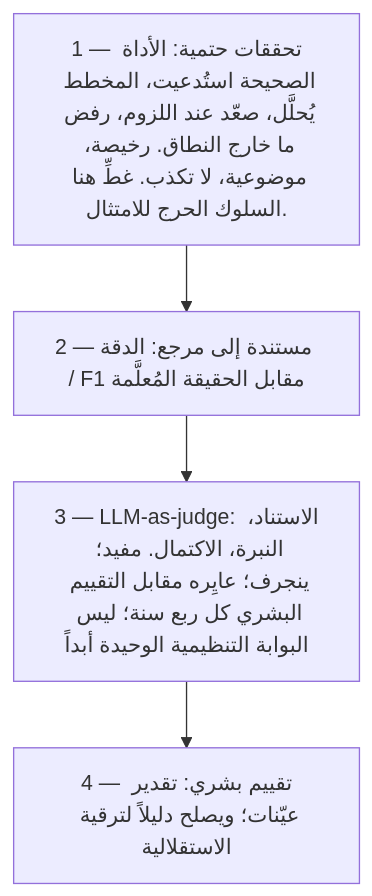
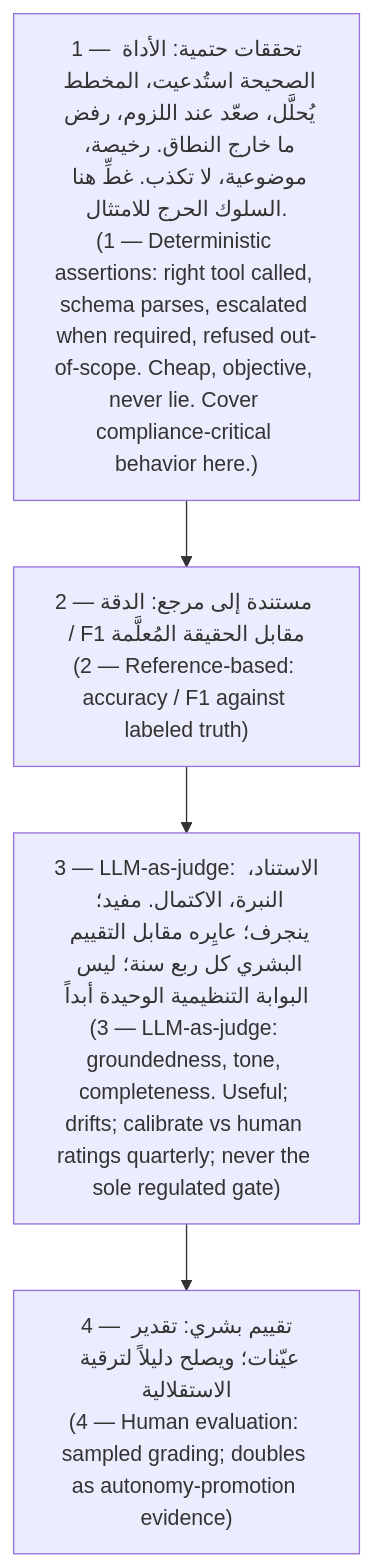
Before and after one commit to Tamoura/AI-agents: the seventh of 10 diagrams in qdb-agent-framework/docs/LEARNING-PATH.ar.md, drawn with Mermaid. The commit also changed other lines of this file and 3 other files, not shown here.

First line of the commit message:
Arabic docs: English on every diagram label; rebuild Arabic HTML

````diff
--- a/qdb-agent-framework/docs/LEARNING-PATH.ar.md
+++ b/qdb-agent-framework/docs/LEARNING-PATH.ar.md
@@ -497,8 +497,8 @@
 ```mermaid
 flowchart TB
-    T1["1 — تحققات حتمية: الأداة الصحيحة استُدعيت، المخطط يُحلَّل، صعّد عند اللزوم، رفض ما خارج النطاق. رخيصة، موضوعية، لا تكذب. غطِّ هنا السلوك الحرج للامتثال."]
-    T2["2 — مستندة إلى مرجع: الدقة / F1 مقابل الحقيقة المُعلَّمة"]
-    T3["3 — LLM-as-judge: الاستناد، النبرة، الاكتمال. مفيد؛ ينجرف؛ عايِره مقابل التقييم البشري كل ربع سنة؛ ليس البوابة التنظيمية الوحيدة أبداً"]
-    T4["4 — تقييم بشري: تقدير عيّنات؛ ويصلح دليلاً لترقية الاستقلالية"]
+    T1["1 — تحققات حتمية: الأداة الصحيحة استُدعيت، المخطط يُحلَّل، صعّد عند اللزوم، رفض ما خارج النطاق. رخيصة، موضوعية، لا تكذب. غطِّ هنا السلوك الحرج للامتثال.<br/>(1 — Deterministic assertions: right tool called, schema parses, escalated when required, refused out-of-scope. Cheap, objective, never lie. Cover compliance-critical behavior here.)"]
+    T2["2 — مستندة إلى مرجع: الدقة / F1 مقابل الحقيقة المُعلَّمة<br/>(2 — Reference-based: accuracy / F1 against labeled truth)"]
+    T3["3 — LLM-as-judge: الاستناد، النبرة، الاكتمال. مفيد؛ ينجرف؛ عايِره مقابل التقييم البشري كل ربع سنة؛ ليس البوابة التنظيمية الوحيدة أبداً<br/>(3 — LLM-as-judge: groundedness, tone, completeness. Useful#59; drifts#59; calibrate vs human ratings quarterly#59; never the sole regulated gate)"]
+    T4["4 — تقييم بشري: تقدير عيّنات؛ ويصلح دليلاً لترقية الاستقلالية<br/>(4 — Human evaluation: sampled grading#59; doubles as autonomy-promotion evidence)"]
     T1 --> T2 --> T3 --> T4
 ```
````
